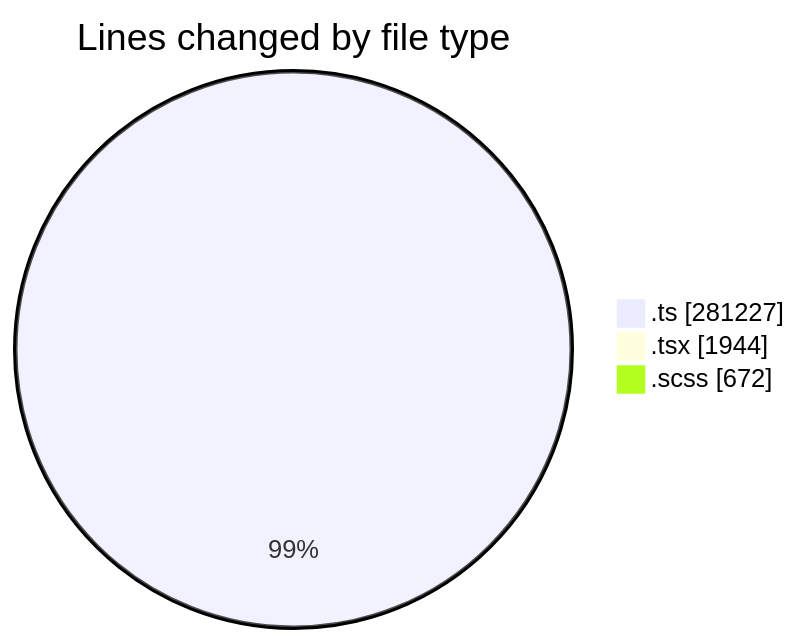
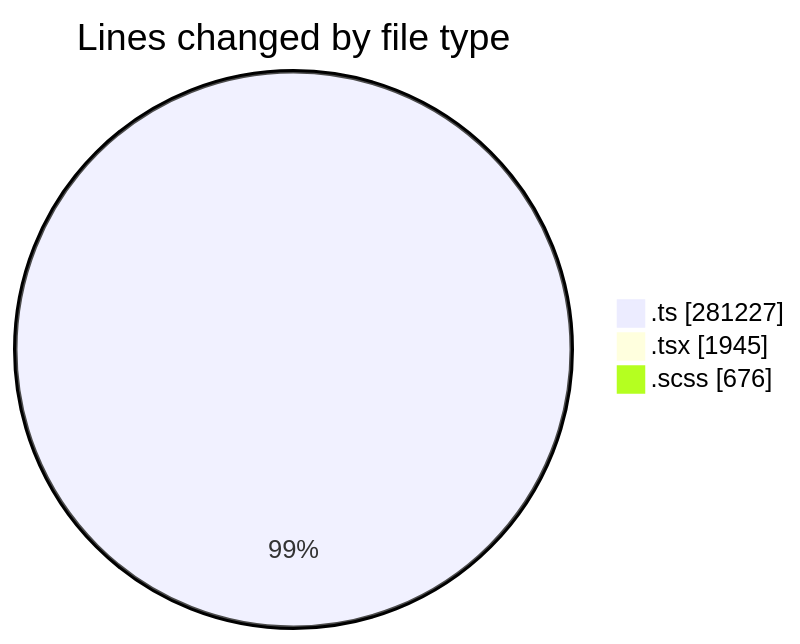
The first of 2 diagrams in 2025-08-22/cda/README.md (momahboobian/code-tracking), drawn with Mermaid before and after one commit. The commit also changed other lines of this file and 1 other file, not shown here.

````diff
--- a/2025-08-22/cda/README.md
+++ b/2025-08-22/cda/README.md
@@ -42,7 +42,7 @@
 ```mermaid
 pie showData
 title Lines changed by file type
 ".ts" : 281227
-".tsx" : 1944
-".scss" : 672
+".tsx" : 1945
+".scss" : 676
 ```
````
